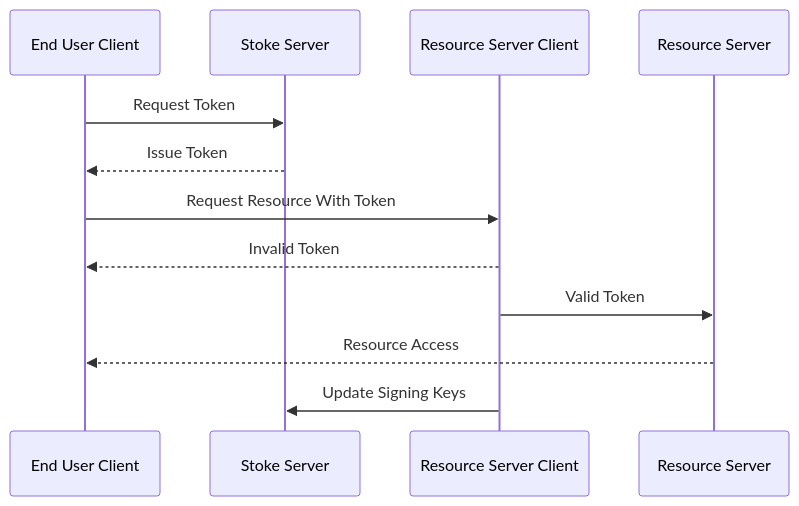
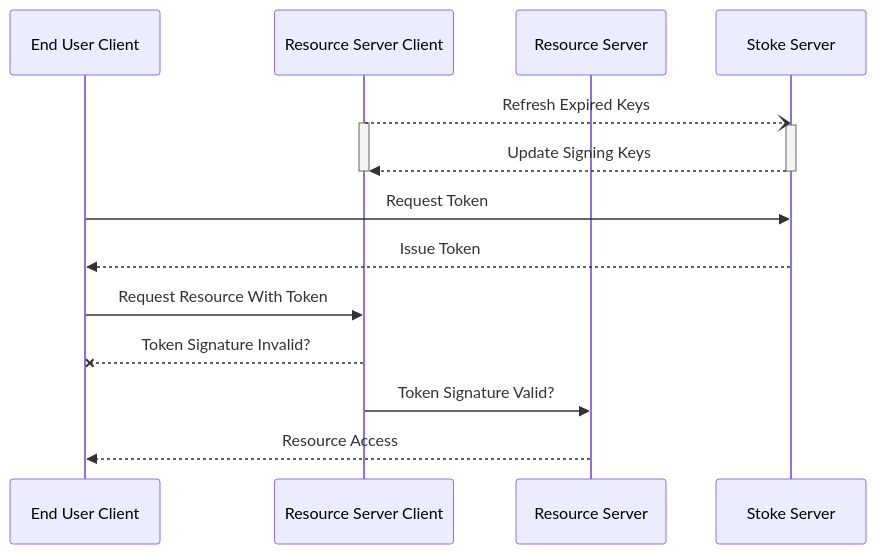
One commit to hppr-dev/stoke-auth changed the first of 2 diagrams in README.md. Above: the diagram before and after it, drawn with Mermaid.

Commit message:
Update README.md client diagram

````diff
--- a/README.md
+++ b/README.md
@@ -97,15 +97,26 @@
 ``` mermaid
 sequenceDiagram
     participant e as End User Client
-    participant s as Stoke Server
     participant r as Resource Server Client
     participant rs as Resource Server
+    participant s as Stoke Server
+
+    r--)s: Refresh Expired Keys
+    activate r
+    activate s
+    s-->>r: Update Signing Keys
+    deactivate r
+    deactivate s
 
     e->>s: Request Token
     s-->>e: Issue Token
     e->>r: Request Resource With Token
-    r-->>e: Invalid Token
-    r->>rs: Valid Token
+
+
+
+    r--xe: Token Signature Invalid?
+    r->>rs: Token Signature Valid?
     rs-->>e: Resource Access
-    r->>s: Update Signing Keys
+
+
 ```
````
